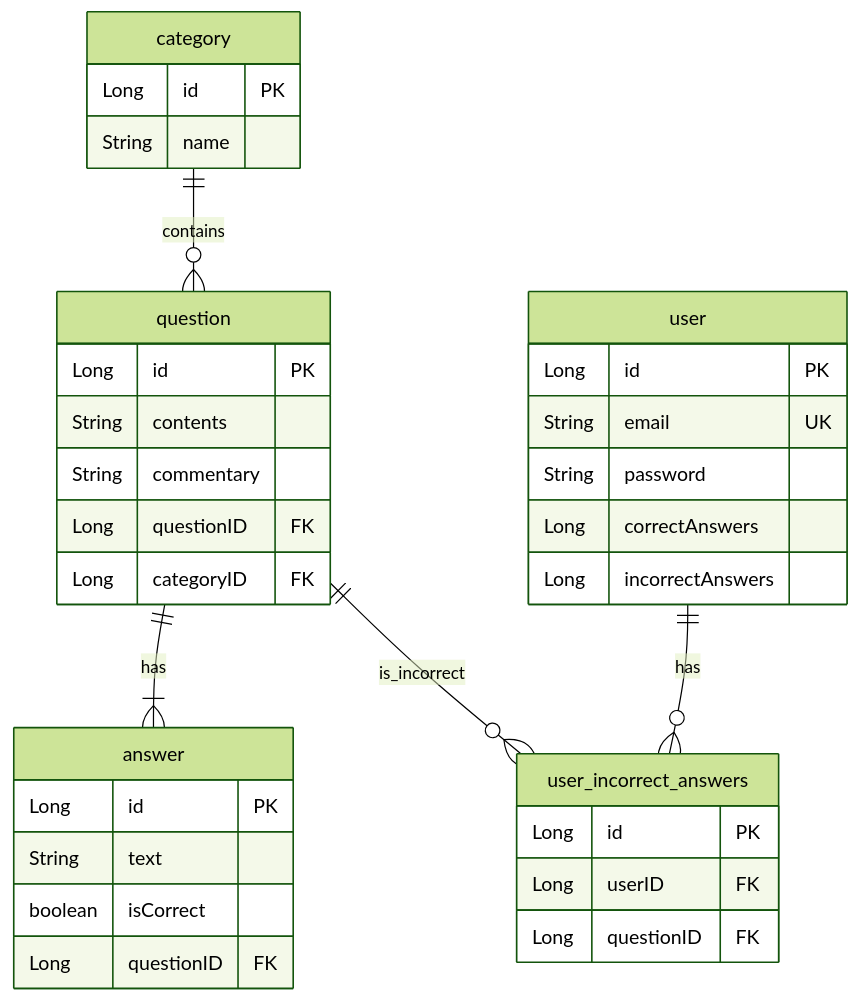
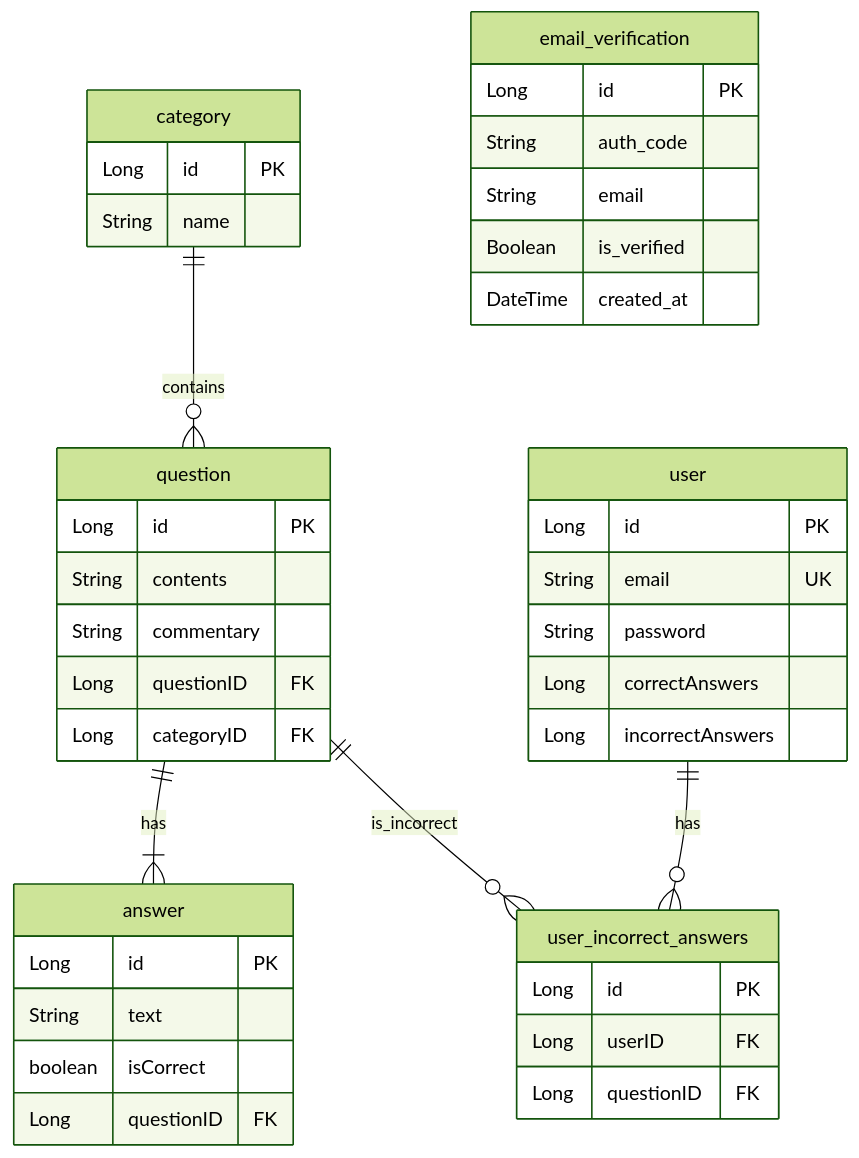
One commit to Q-int/Qint_Backend changed the diagram in README.md. Above: the diagram before and after it, drawn with Mermaid (forest theme).

Commit message:
docs: 이메일 인증 추가

````diff
--- a/README.md
+++ b/README.md
@@ -3,41 +3,49 @@
 ```mermaid
 erDiagram
     user {
         Long id PK
         String email UK
         String password
         Long correctAnswers
         Long incorrectAnswers
     }
 
     category {
         Long id PK
         String name
     }
 
     question {
         Long id PK
         String contents
         String commentary
         Long questionID FK
         Long categoryID FK
     }
     
     answer {
         Long id PK
         String text
         boolean isCorrect
         Long questionID FK
     }
 
     user_incorrect_answers {
         Long id PK
         Long userID FK
         Long questionID FK
     }
 
+    email_verification {
+        Long id PK
+        String auth_code
+        String email
+        Boolean is_verified
+        DateTime created_at
+    }
+
     user ||--o{ user_incorrect_answers : has
     category ||--o{ question : contains
     question ||--|{ answer : has
     question ||--o{ user_incorrect_answers : is_incorrect
 ```
````
